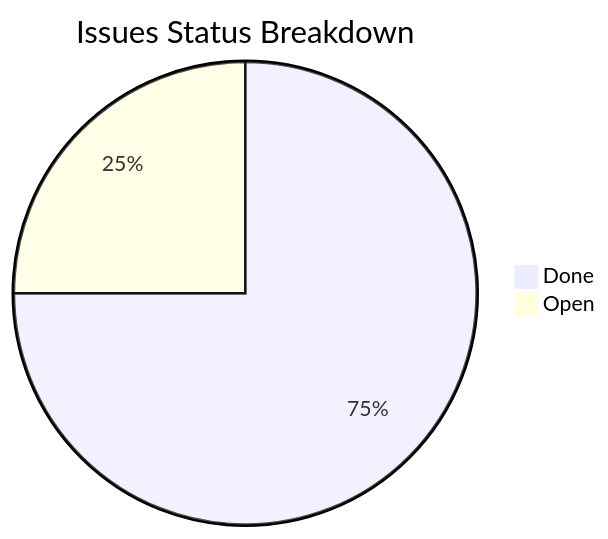
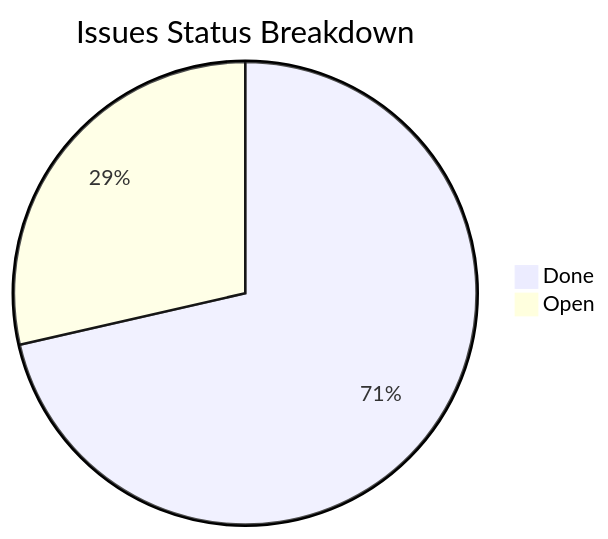
One commit to actdim/agents changed the diagram in .along/DASHBOARD.md. Above: the diagram before and after it, drawn with Mermaid. The commit also changed other lines of this file and 4 other files, not shown here.

````diff
--- a/.along/DASHBOARD.md
+++ b/.along/DASHBOARD.md
@@ -19,5 +19,5 @@
 ```mermaid
 pie title Issues Status Breakdown
     "Done" : 15
-    "Open" : 5
+    "Open" : 6
 ```
````
